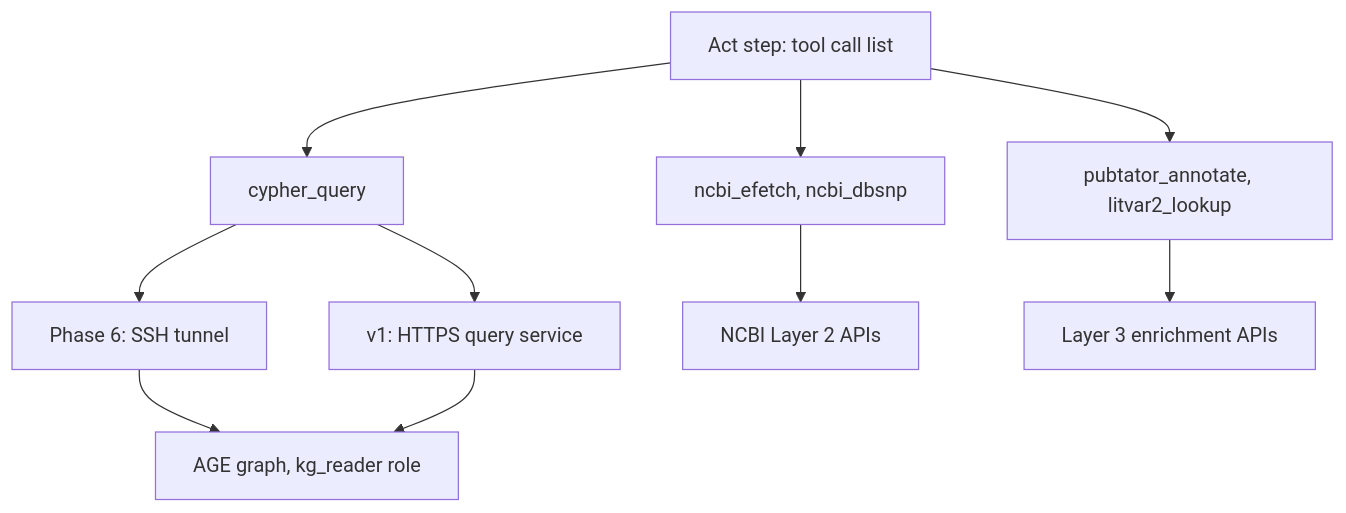
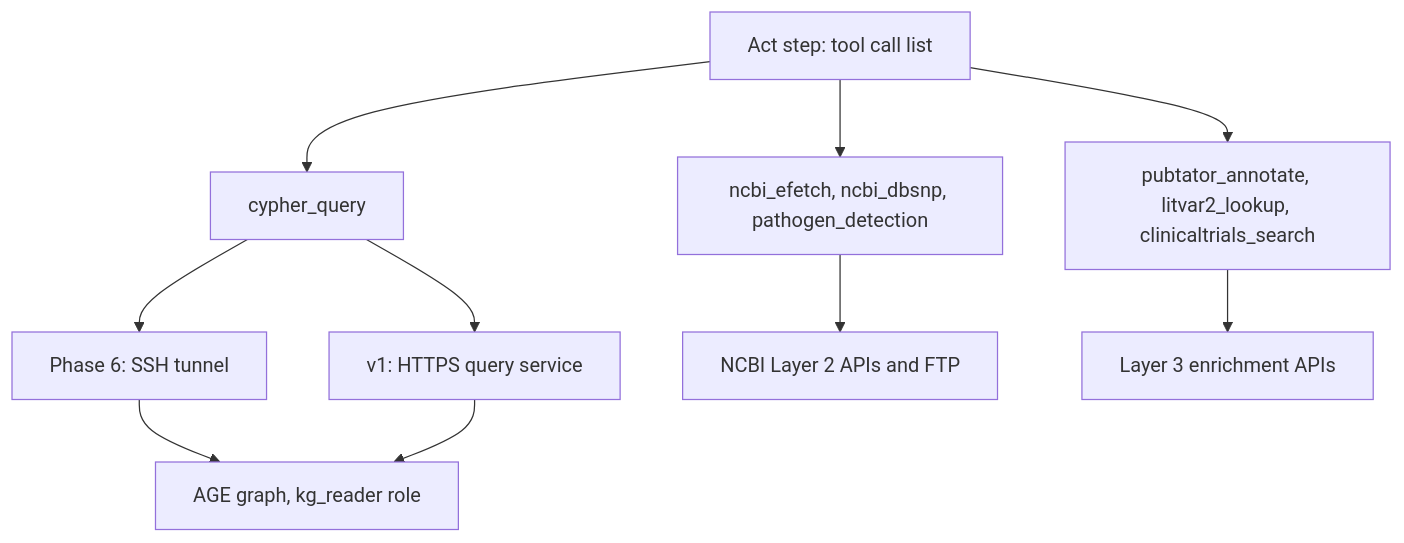
Before and after one commit to monideep2255/agentic-search-ui: the seventh of 12 diagrams in requirements/Technical_specification.md, drawn with Mermaid. The commit also changed other lines of this file and 1 other file, not shown here.

Commit message:
Reconcile the tech spec (Step 4.3): unify event schemas, add two tools, six delivery surfaces

````diff
--- a/requirements/Technical_specification.md
+++ b/requirements/Technical_specification.md
@@ -665,22 +687,22 @@
 ```mermaid
 flowchart TD
     ACT["Act step: tool call list"]
     T1["cypher_query"]
-    T2["ncbi_efetch, ncbi_dbsnp"]
-    T3["pubtator_annotate, litvar2_lookup"]
+    T2["ncbi_efetch, ncbi_dbsnp, pathogen_detection"]
+    T3["pubtator_annotate, litvar2_lookup, clinicaltrials_search"]
     P6["Phase 6: SSH tunnel"]
     V1["v1: HTTPS query service"]
     AGE["AGE graph, kg_reader role"]
-    NCBI["NCBI Layer 2 APIs"]
+    NCBI["NCBI Layer 2 APIs and FTP"]
     ENR["Layer 3 enrichment APIs"]
 
     ACT --> T1
     ACT --> T2
     ACT --> T3
     T1 --> P6
     T1 --> V1
     P6 --> AGE
     V1 --> AGE
     T2 --> NCBI
     T3 --> ENR
 ```
````
